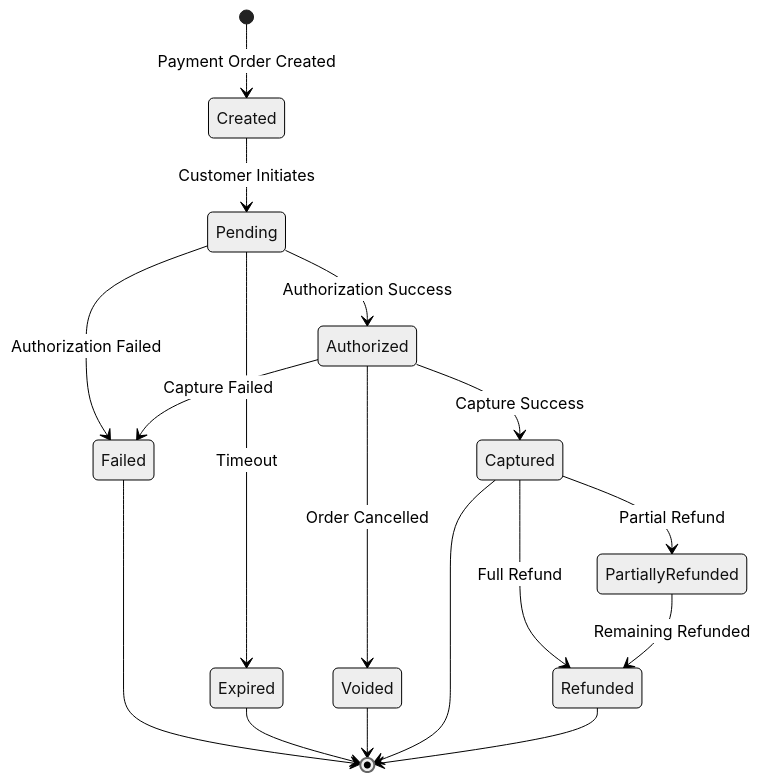
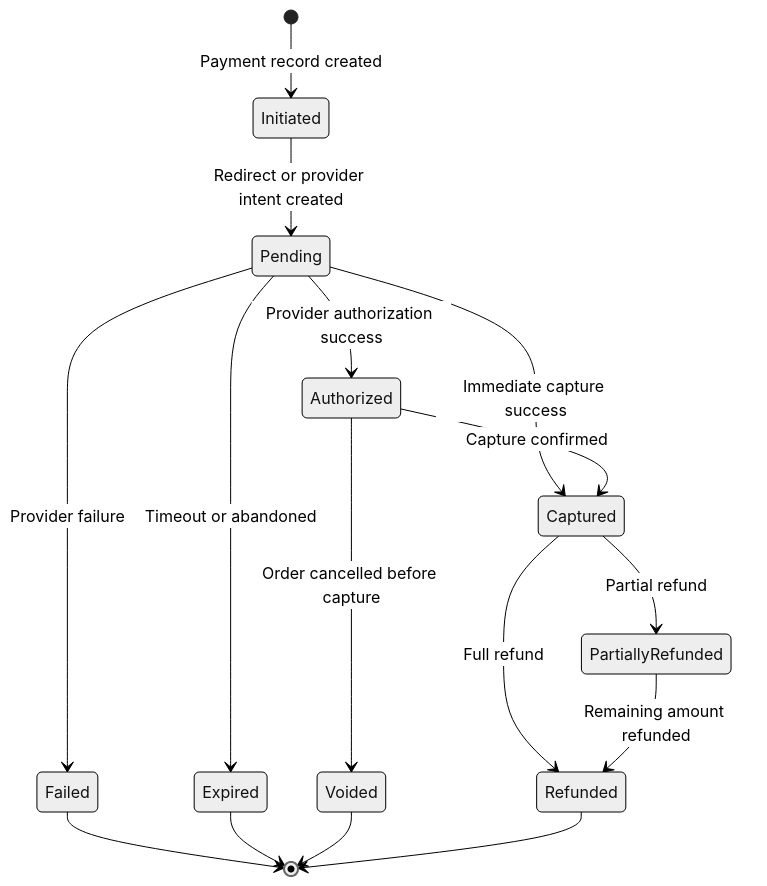
One commit to 0Ankit0/e-commerce changed the second of 7 diagrams in docs/system-design/detailed-design/state-machine-diagrams.md. Above: the diagram before and after it, drawn with Mermaid (neutral theme). The commit also changed other lines of this file and 24 other files, not shown here.

````diff
--- a/docs/system-design/detailed-design/state-machine-diagrams.md
+++ b/docs/system-design/detailed-design/state-machine-diagrams.md
@@ -85,25 +44,20 @@
 ```mermaid
 stateDiagram-v2
-    [*] --> Created: Payment Order Created
+    [*] --> Initiated: Payment record created
+    Initiated --> Pending: Redirect or provider intent created
+    Pending --> Authorized: Provider authorization success
+    Pending --> Captured: Immediate capture success
+    Pending --> Failed: Provider failure
+    Pending --> Expired: Timeout or abandoned
 
-    Created --> Pending: Customer Initiates
-
-    Pending --> Authorized: Authorization Success
-    Pending --> Failed: Authorization Failed
-    Pending --> Expired: Timeout
-
-    Authorized --> Captured: Capture Success
-    Authorized --> Failed: Capture Failed
-    Authorized --> Voided: Order Cancelled
-
-    Captured --> PartiallyRefunded: Partial Refund
-    Captured --> Refunded: Full Refund
-
-    PartiallyRefunded --> Refunded: Remaining Refunded
+    Authorized --> Captured: Capture confirmed
+    Authorized --> Voided: Order cancelled before capture
+    Captured --> PartiallyRefunded: Partial refund
+    Captured --> Refunded: Full refund
+    PartiallyRefunded --> Refunded: Remaining amount refunded
 
     Failed --> [*]
     Expired --> [*]
     Voided --> [*]
-    Captured --> [*]
     Refunded --> [*]
 ```
````
